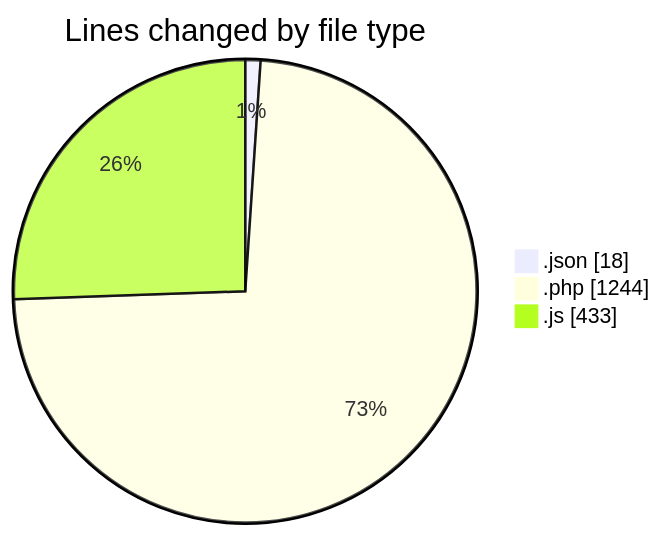
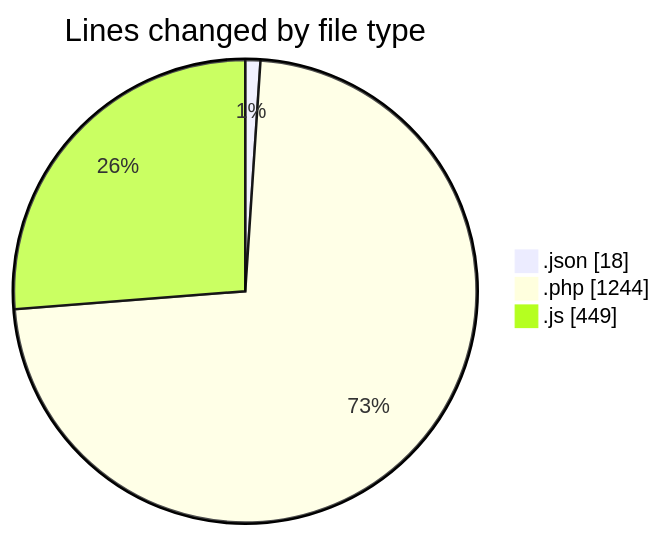
Before and after one commit to debugP/code-tracking: the first of 2 diagrams in 2025-09-26/untitled__workspace_/README.md, drawn with Mermaid. The commit also changed other lines of this file and 1 other file, not shown here.

````diff
--- a/2025-09-26/untitled__workspace_/README.md
+++ b/2025-09-26/untitled__workspace_/README.md
@@ -24,7 +24,7 @@
 ```mermaid
 pie showData
 title Lines changed by file type
 ".json" : 18
 ".php" : 1244
-".js" : 433
+".js" : 449
 ```
````
